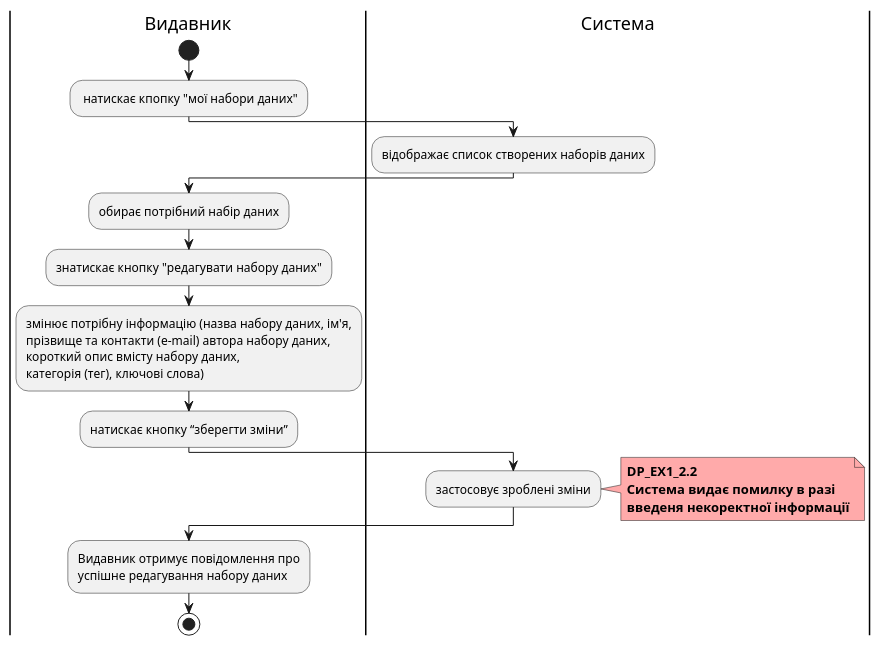
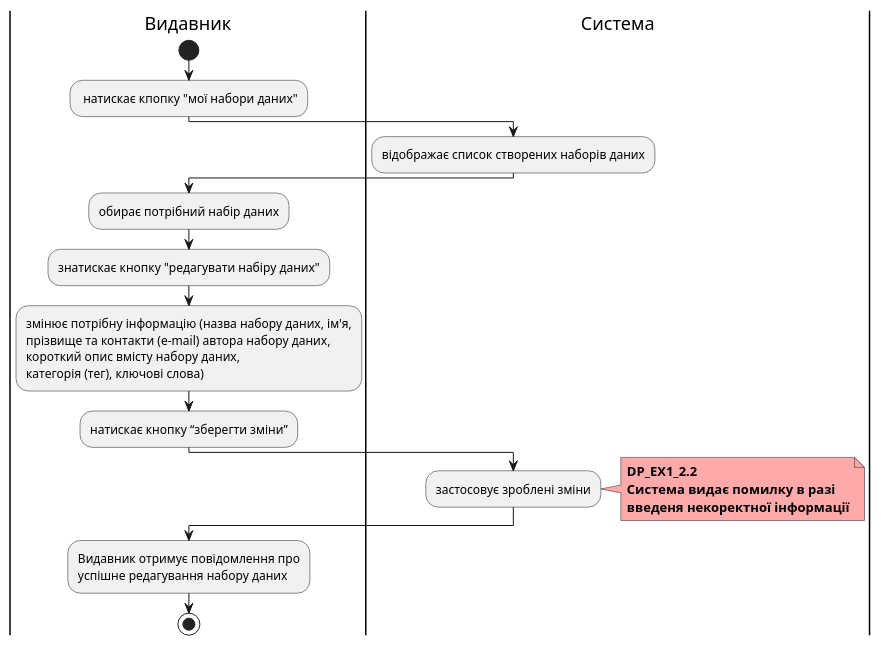
One commit to boldak/edu-db-cw changed diagram 15 of 21 in docs/use cases/Readme.md. Above: the diagram before and after it, drawn with PlantUML. The commit also changed other lines of this file and 2 other files, not shown here.

```diff
--- a/docs/use cases/Readme.md
+++ b/docs/use cases/Readme.md
@@ -587,28 +738,28 @@
 @startuml
 
     |Видавник|
         start
         : натискає кпопку "мої набори даних";
     |Система|
         :відображає список створених наборів даних;
     |Видавник|
         :обирає потрібний набір даних;
-        :знатискає кнопку "редагувати набору даних";
+        :знатискає кнопку "редагувати набіру даних";
         :змінює потрібну інформацію (назва набору даних, ім'я,
         прізвище та контакти (e-mail) автора набору даних,
         короткий опис вмісту набору даних,
         категорія (тег), ключові слова);
         :натискає кнопку “зберегти зміни”;
     |Система|
         :застосовує зроблені зміни;  
         note right #ffaaaa
         <b>DP_EX1_2.2
         <b>Система видає помилку в разі
         <b>введеня некоректної інформації
         end note
     |Видавник|
         :Видавник отримує повідомлення про
         успішне редагування набору даних;
         stop;
 
 @enduml
```
